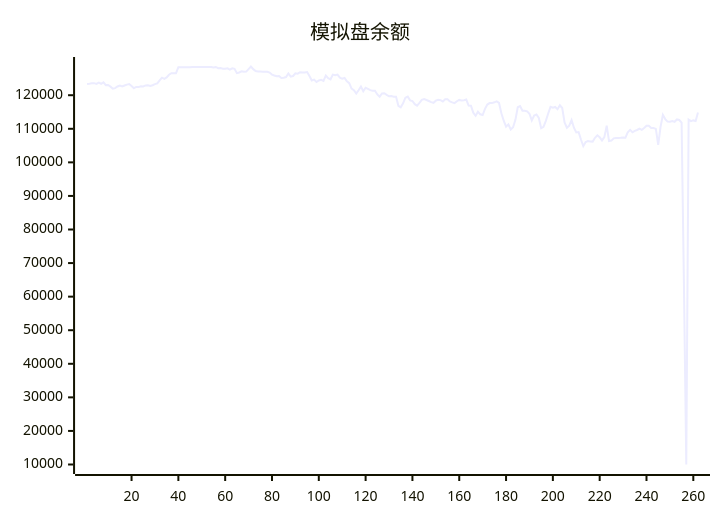
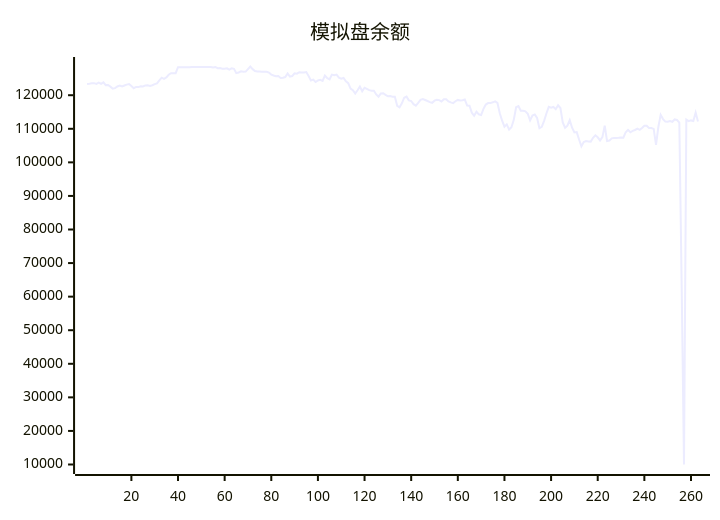
Before and after one commit to aahl/ai-trading: the diagram in README.md, drawn with Mermaid. The commit also changed other lines of this file and 1 other file, not shown here.

Commit message:
📈 Auto Trading Result

````diff
--- a/README.md
+++ b/README.md
@@ -5,5 +5,5 @@
 ```mermaid
 xychart
     title "模拟盘余额"
-    line [123338,123402,123530,123592,123378,123745,123413,123853,123009,123040,122557,121938,122095,122599,122856,122597,122898,123160,123319,122719,122087,122454,122416,122685,122592,122907,122961,122776,122981,123295,123507,124403,125224,124894,125303,126088,126544,126534,126549,128335,128318,128318,128318,128318,128318,128424,128424,128424,128424,128424,128424,128424,128424,128424,128247,128412,128062,128087,127917,127901,128026,127611,128000,127850,126572,126770,127100,126971,127029,127783,128554,127765,127224,127064,127044,127009,127025,127004,126738,126152,125871,125635,125707,125117,125217,125420,126480,125545,125715,126511,126424,126856,126764,126788,126890,125710,124381,124632,123936,124402,124574,124256,125833,125070,124739,126154,125966,126145,125213,124943,125143,124157,123604,121959,121476,120476,121470,122610,121201,122221,121889,121522,121332,121344,120232,119559,120513,120577,120108,119680,119777,119572,119568,116839,116392,117573,119250,119585,118469,118277,117338,116897,117706,118628,118849,118579,118280,117926,117735,118373,118639,118544,118136,118798,118819,118162,117874,117649,118215,118601,118463,118517,118713,116911,116899,114798,113887,115084,114313,114091,115934,117221,117658,117658,117883,118164,117693,114632,112403,110644,111313,109777,110444,112673,116419,116772,115355,115355,115198,114476,112510,113954,114276,113223,110151,110561,112361,114562,116522,116265,116500,115845,117000,116199,111887,110306,110942,112588,110318,108891,109011,106814,104811,106038,106327,106201,106180,107315,108068,107463,106528,107530,110941,106346,106482,107161,107268,107270,107302,107426,107340,108985,109681,108962,109404,109645,110030,109680,110214,110918,110897,110215,110212,109962,105235,110525,114151,112895,112137,112083,112329,112094,112784,112613,111829,63445,10000,112734,112268,112496,112313,114832]
+    line [123338,123402,123530,123592,123378,123745,123413,123853,123009,123040,122557,121938,122095,122599,122856,122597,122898,123160,123319,122719,122087,122454,122416,122685,122592,122907,122961,122776,122981,123295,123507,124403,125224,124894,125303,126088,126544,126534,126549,128335,128318,128318,128318,128318,128318,128424,128424,128424,128424,128424,128424,128424,128424,128424,128247,128412,128062,128087,127917,127901,128026,127611,128000,127850,126572,126770,127100,126971,127029,127783,128554,127765,127224,127064,127044,127009,127025,127004,126738,126152,125871,125635,125707,125117,125217,125420,126480,125545,125715,126511,126424,126856,126764,126788,126890,125710,124381,124632,123936,124402,124574,124256,125833,125070,124739,126154,125966,126145,125213,124943,125143,124157,123604,121959,121476,120476,121470,122610,121201,122221,121889,121522,121332,121344,120232,119559,120513,120577,120108,119680,119777,119572,119568,116839,116392,117573,119250,119585,118469,118277,117338,116897,117706,118628,118849,118579,118280,117926,117735,118373,118639,118544,118136,118798,118819,118162,117874,117649,118215,118601,118463,118517,118713,116911,116899,114798,113887,115084,114313,114091,115934,117221,117658,117658,117883,118164,117693,114632,112403,110644,111313,109777,110444,112673,116419,116772,115355,115355,115198,114476,112510,113954,114276,113223,110151,110561,112361,114562,116522,116265,116500,115845,117000,116199,111887,110306,110942,112588,110318,108891,109011,106814,104811,106038,106327,106201,106180,107315,108068,107463,106528,107530,110941,106346,106482,107161,107268,107270,107302,107426,107340,108985,109681,108962,109404,109645,110030,109680,110214,110918,110897,110215,110212,109962,105235,110525,114151,112895,112137,112083,112329,112094,112784,112613,111829,63445,10000,112734,112268,112496,112313,114832,112156]
 ```
````
